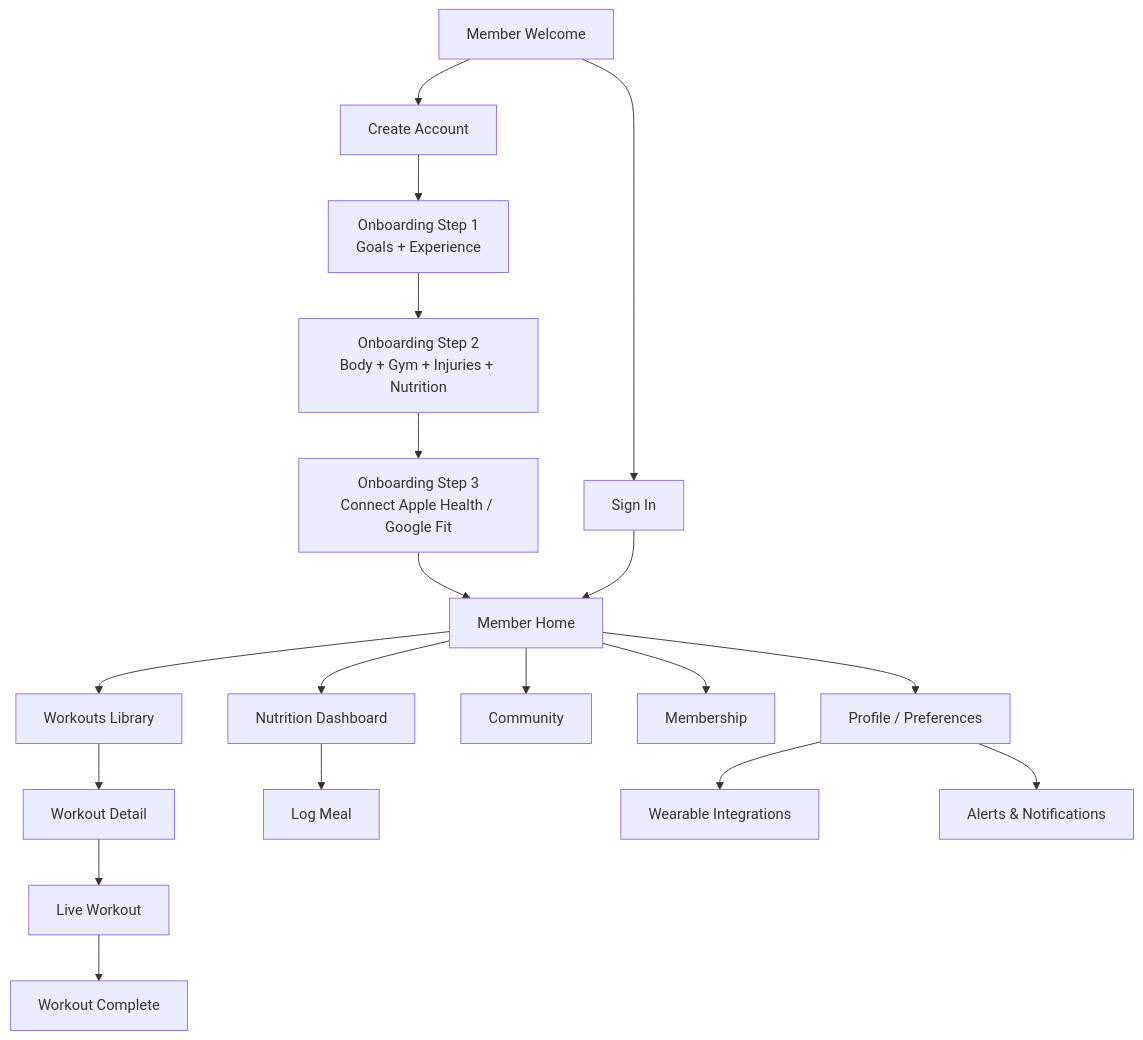
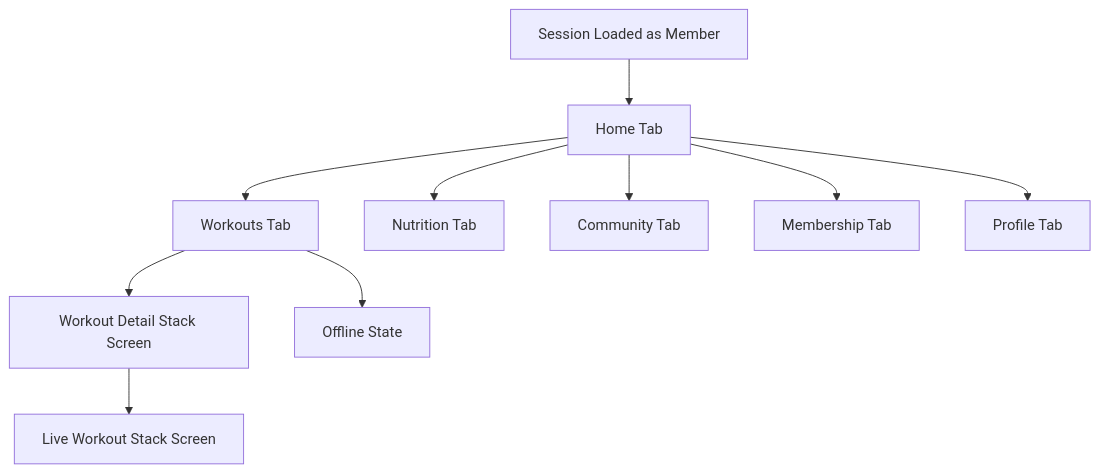
Before and after one commit to atharshah1/gimios: the third of 4 diagrams in frontend/mobile-app/SCREEN_FLOW.md, drawn with Mermaid. The commit also changed other lines of this file and 30 other files, not shown here.

Commit message:
Refactor mobile app into navigation architecture with modular screens

````diff
--- a/frontend/mobile-app/SCREEN_FLOW.md
+++ b/frontend/mobile-app/SCREEN_FLOW.md
@@ -64,27 +59,14 @@
 ```mermaid
 flowchart TD
-    MW[Member Welcome] --> MC[Create Account]
-    MW --> MS[Sign In]
+    ML[Session Loaded as Member] --> MH[Home Tab]
+    MH --> WO[Workouts Tab]
+    MH --> NU[Nutrition Tab]
+    MH --> CO[Community Tab]
+    MH --> ME[Membership Tab]
+    MH --> PR[Profile Tab]
 
-    MC --> O1[Onboarding Step 1\nGoals + Experience]
-    O1 --> O2[Onboarding Step 2\nBody + Gym + Injuries + Nutrition]
-    O2 --> O3[Onboarding Step 3\nConnect Apple Health / Google Fit]
-    O3 --> MH[Member Home]
+    WO --> WD[Workout Detail Stack Screen]
+    WD --> LW[Live Workout Stack Screen]
 
-    MS --> MH
-
-    MH --> WO[Workouts Library]
-    WO --> WD[Workout Detail]
-    WD --> WL[Live Workout]
-    WL --> WC[Workout Complete]
-
-    MH --> NU[Nutrition Dashboard]
-    NU --> LM[Log Meal]
-
-    MH --> CO[Community]
-    MH --> ME[Membership]
-    MH --> PR[Profile / Preferences]
-
-    PR --> WI[Wearable Integrations]
-    PR --> AL[Alerts & Notifications]
+    WO --> OF[Offline State]
 ```
````
